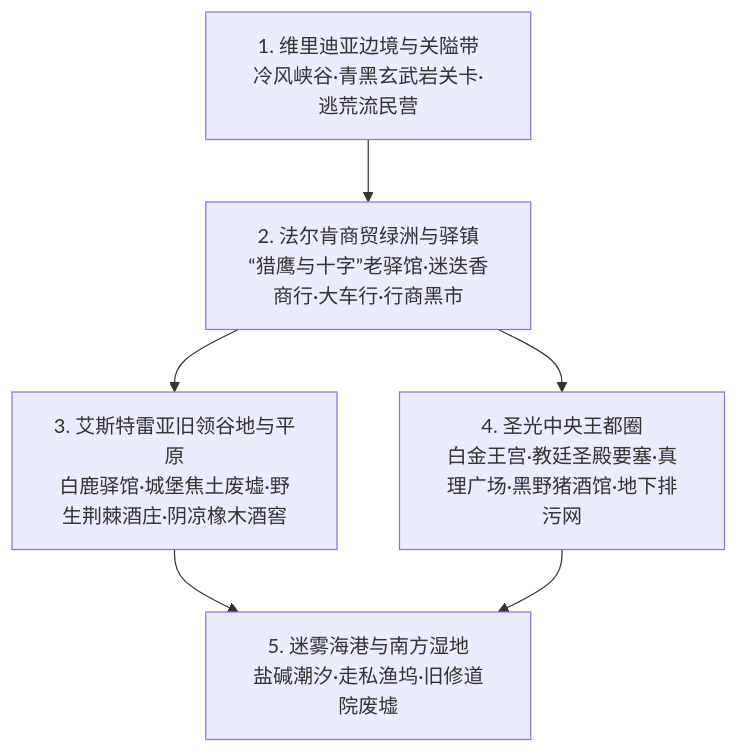
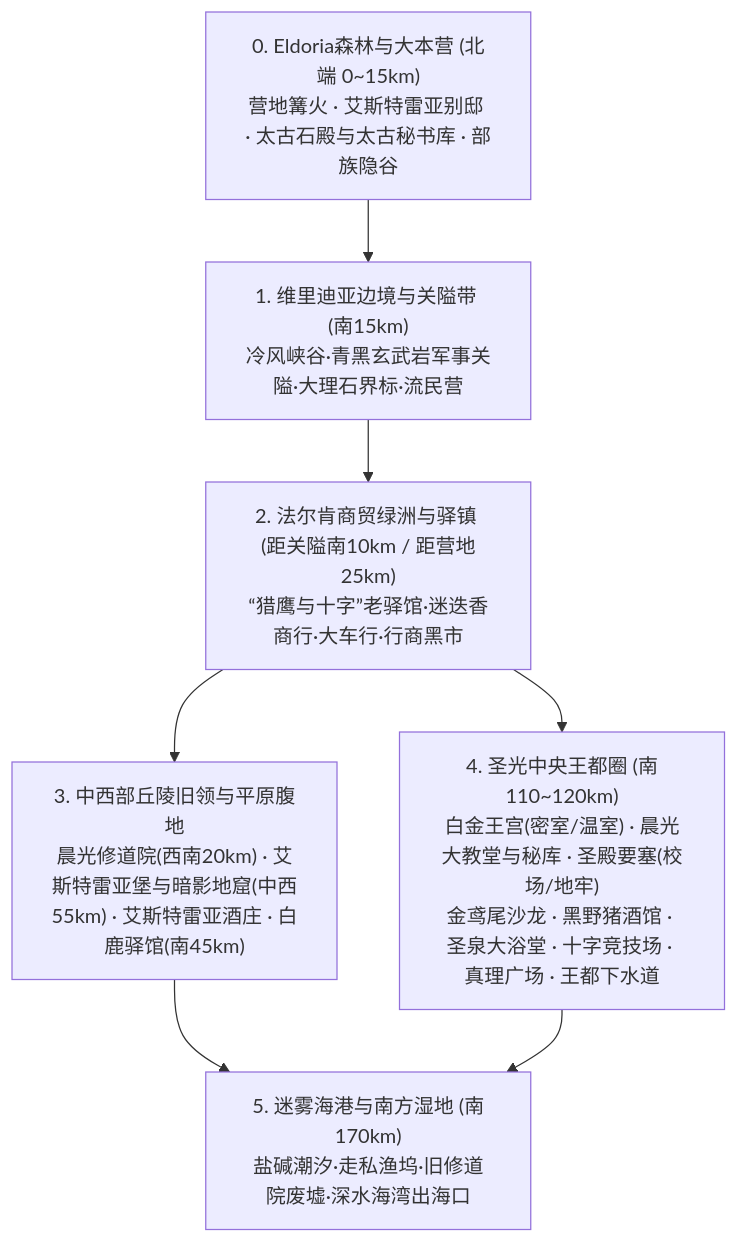
One commit to soranokiseki1437/eldoria-worldbook changed the diagram in 方案/第二部/主线与世界扩充方案/02_维里迪亚风土人情与宏大世界构建方案.md. Above: the diagram before and after it, drawn with Mermaid. The commit also changed other lines of this file and 29 other files, not shown here.

````diff
--- a/方案/第二部/主线与世界扩充方案/02_维里迪亚风土人情与宏大世界构建方案.md
+++ b/方案/第二部/主线与世界扩充方案/02_维里迪亚风土人情与宏大世界构建方案.md
@@ -12,8 +12,9 @@
 ```mermaid
 graph TD
-    Area1["1. 维里迪亚边境与关隘带<br/>冷风峡谷·青黑玄武岩关卡·逃荒流民营"] --> Area2["2. 法尔肯商贸绿洲与驿镇<br/>“猎鹰与十字”老驿馆·迷迭香商行·大车行·行商黑市"]
-    Area2 --> Area3["3. 艾斯特雷亚旧领谷地与平原<br/>白鹿驿馆·城堡焦土废墟·野生荆棘酒庄·阴凉橡木酒窖"]
-    Area2 --> Area4["4. 圣光中央王都圈<br/>白金王宫·教廷圣殿要塞·真理广场·黑野猪酒馆·地下排污网"]
-    Area3 --> Area5["5. 迷雾海港与南方湿地<br/>盐碱潮汐·走私渔坞·旧修道院废墟"]
+    Camp["0. Eldoria森林与大本营 (北端 0~15km)<br/>营地篝火 · 艾斯特雷亚别邸 · 太古石殿与太古秘书库 · 部族隐谷"] --> Area1["1. 维里迪亚边境与关隘带 (南15km)<br/>冷风峡谷·青黑玄武岩军事关隘·大理石界标·流民营"]
+    Area1 --> Area2["2. 法尔肯商贸绿洲与驿镇 (距关隘南10km / 距营地25km)<br/>“猎鹰与十字”老驿馆·迷迭香商行·大车行·行商黑市"]
+    Area2 --> Area3["3. 中西部丘陵旧领与平原腹地<br/>晨光修道院(西南20km) · 艾斯特雷亚堡与暗影地窟(中西55km) · 艾斯特雷亚酒庄 · 白鹿驿馆(南45km)"]
+    Area2 --> Area4["4. 圣光中央王都圈 (南110~120km)<br/>白金王宫(密室/温室) · 晨光大教堂与秘库 · 圣殿要塞(校场/地牢)<br/>金鸢尾沙龙 · 黑野猪酒馆 · 圣泉大浴堂 · 十字竞技场 · 真理广场 · 王都下水道"]
+    Area3 --> Area5["5. 迷雾海港与南方湿地 (南170km)<br/>盐碱潮汐·走私渔坞·旧修道院废墟·深水海湾出海口"]
     Area4 --> Area5
 ```
````
